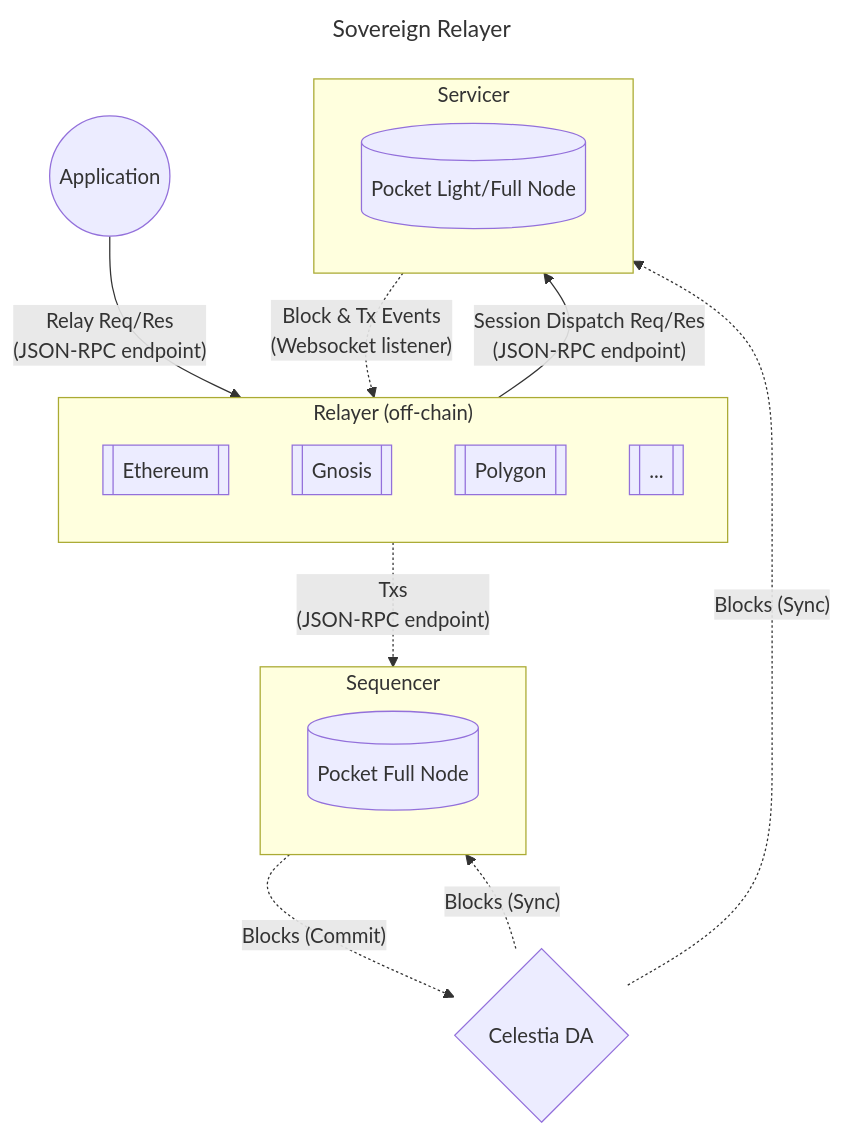
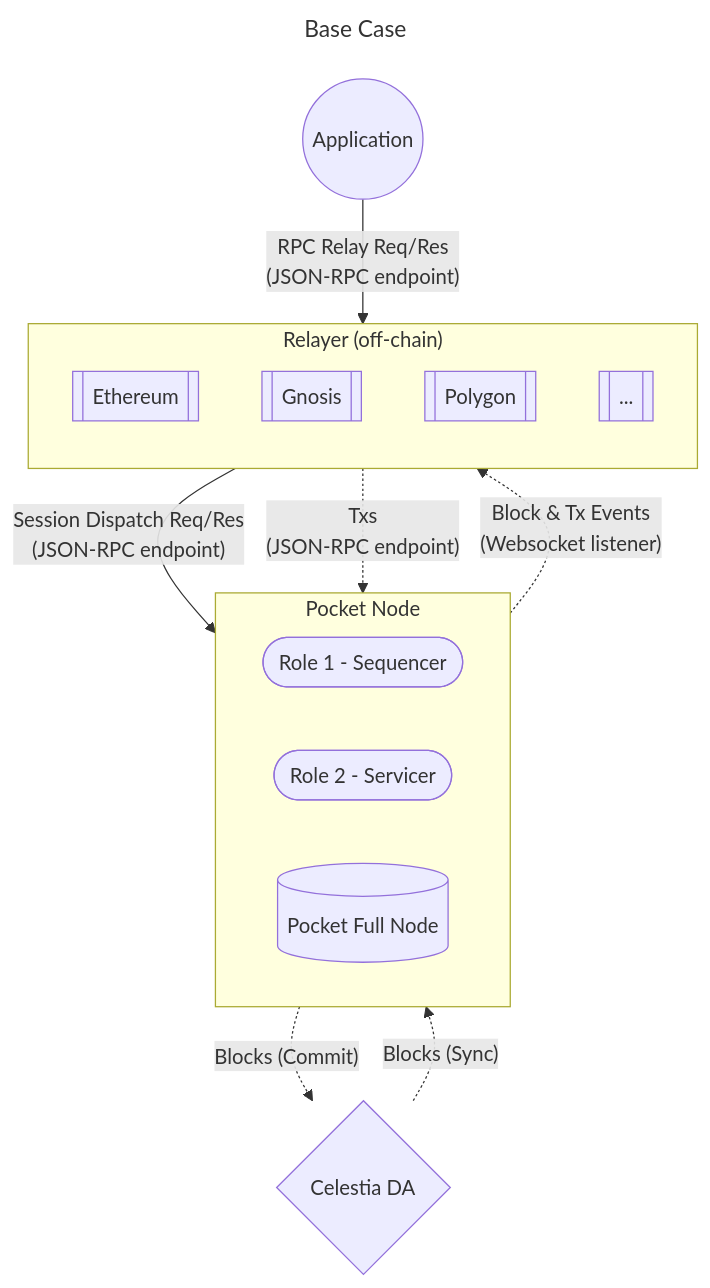
The first of 2 diagrams in docs/nodes.md (pokt-network/poktroll-alpha), drawn with Mermaid before and after one commit. The commit also changed other lines of this file, not shown here.

Commit message:
Updated the diagrams

````diff
--- a/docs/nodes.md
+++ b/docs/nodes.md
@@ -23,29 +26,27 @@
 ```mermaid
 ---
-title: Sovereign Relayer
+title: Base Case
 ---
 flowchart TB
     a(("Application"))
-    subgraph ps["Sequencer"]
-        %% Can this be a light client
+    subgraph p["Pocket Node"]
+        direction LR
+        rs([Role 1 - Sequencer])
+        rv([Role 2 - Servicer])
         pl1[("Pocket Full Node")]
     end
     subgraph r["Relayer (off-chain)"]
         direction TB
         eth[["Ethereum"]]
         gn[["Gnosis"]]
         pg[["Polygon"]]
         etc[["..."]]
     end
-    subgraph s["Servicer"]
-        pl2[("Pocket Light/Full Node")]
-    end
     c{"Celestia DA"}
-    a -- Relay Req/Res \n (JSON-RPC endpoint) --> r
-    s -. Block & Tx Events \n (Websocket listener).-> r
-    r -- Session Dispatch Req/Res \n (JSON-RPC endpoint)--> s
-    r -. Txs \n (JSON-RPC endpoint).-> ps
-    ps -. Blocks (Commit) .->c
-    c -. Blocks (Sync) .-> ps
-    c -. Blocks (Sync).-> s
+    a -- RPC Relay Req/Res \n (JSON-RPC endpoint) --> r
+    p -. Block & Tx Events \n (Websocket listener).-> r
+    r -- Session Dispatch Req/Res \n (JSON-RPC endpoint)--> p
+    r -. Txs \n (JSON-RPC endpoint).-> p
+    p -. Blocks (Commit) .->c
+    c -. Blocks (Sync) .-> p
 ```
````
